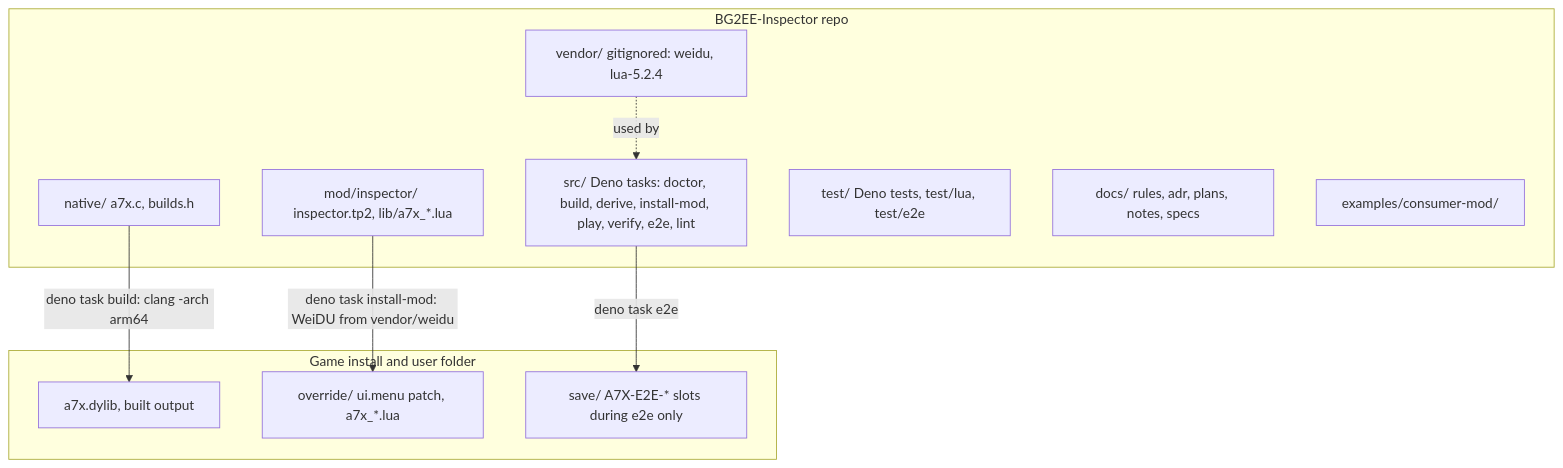
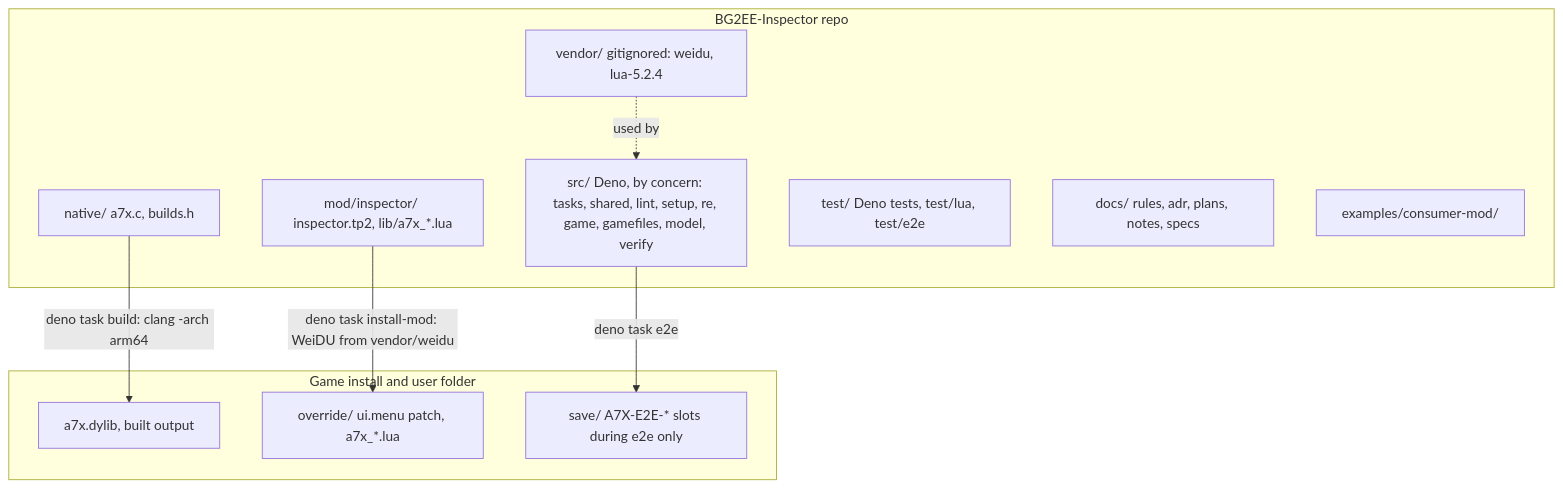
Before and after one commit to kabootit/BG2EE-Inspector: the second of 6 diagrams in docs/architecture.md, drawn with Mermaid. The commit also changed other lines of this file and 19 other files, not shown here.

Commit message:
Group src by concern, with task entry points and a structure test

````diff
--- a/docs/architecture.md
+++ b/docs/architecture.md
@@ -32,21 +32,21 @@
 ```mermaid
 flowchart TD
   subgraph REPO["BG2EE-Inspector repo"]
     N["native/ a7x.c, builds.h"]
     M["mod/inspector/ inspector.tp2, lib/a7x_*.lua"]
-    T["src/ Deno tasks: doctor, build, derive, install-mod, play, verify, e2e, lint"]
+    T["src/ Deno, by concern: tasks, shared, lint, setup, re, game, gamefiles, model, verify"]
     X["test/ Deno tests, test/lua, test/e2e"]
     D["docs/ rules, adr, plans, notes, specs"]
     E["examples/consumer-mod/"]
     V["vendor/ gitignored: weidu, lua-5.2.4"]
   end
   subgraph GAME["Game install and user folder"]
     DY["a7x.dylib, built output"]
     OV["override/ ui.menu patch, a7x_*.lua"]
     SV["save/ A7X-E2E-* slots during e2e only"]
   end
   N -- "deno task build: clang -arch arm64" --> DY
   M -- "deno task install-mod: WeiDU from vendor/weidu" --> OV
   T -- "deno task e2e" --> SV
   V -. "used by" .-> T
 ```
````
